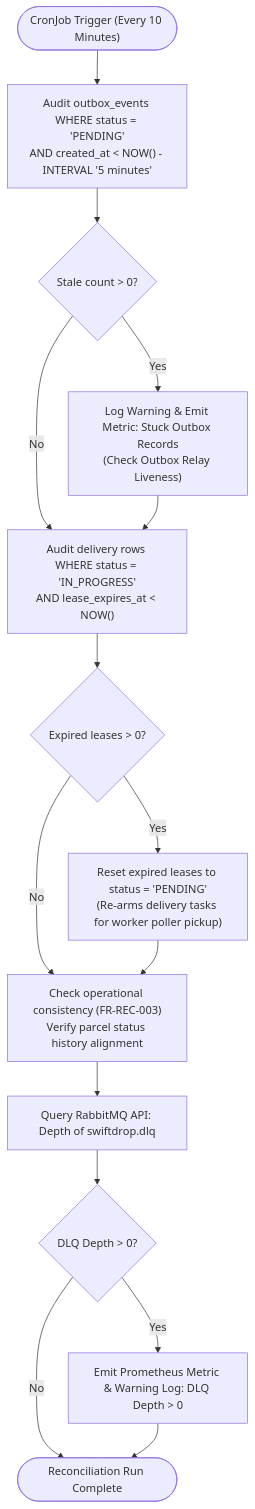
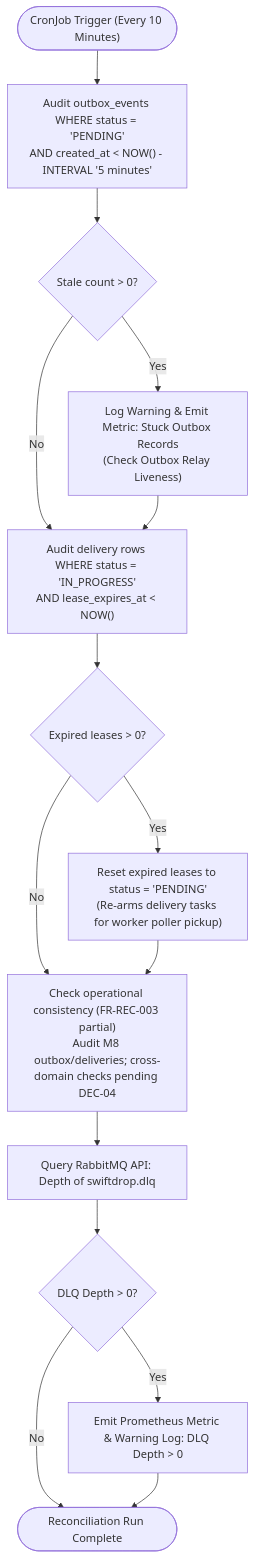
One commit to phantomTroupeEAD/SwiftDrop changed the eighth of 8 diagrams in docs/drafts/member-08-events-messaging/doc-02-functional-flows-and-business-rules.md. Above: the diagram before and after it, drawn with Mermaid. The commit also changed 8 other files, not shown here.

Commit message:
docs(member-08): resolve schema_version contract drift and operational review findings

````diff
--- a/docs/drafts/member-08-events-messaging/doc-02-functional-flows-and-business-rules.md
+++ b/docs/drafts/member-08-events-messaging/doc-02-functional-flows-and-business-rules.md
@@ -372,20 +372,20 @@
 ```mermaid
 flowchart TD
     CronStart(["CronJob Trigger (Every 10 Minutes)"]) --> AuditOutbox["Audit outbox_events WHERE status = 'PENDING'<br/>AND created_at < NOW() - INTERVAL '5 minutes'"]
     
     AuditOutbox --> StaleCount{"Stale count > 0?"}
     StaleCount -- Yes --> LogStale["Log Warning & Emit Metric: Stuck Outbox Records<br/>(Check Outbox Relay Liveness)"]
     StaleCount -- No --> CheckLeases["Audit delivery rows WHERE status = 'IN_PROGRESS'<br/>AND lease_expires_at < NOW()"]
     
     LogStale --> CheckLeases
     CheckLeases --> ExpiredLeases{"Expired leases > 0?"}
     ExpiredLeases -- Yes --> ResetLeases["Reset expired leases to status = 'PENDING'<br/>(Re-arms delivery tasks for worker poller pickup)"]
-    ExpiredLeases -- No --> AuditConsistency["Check operational consistency (FR-REC-003)<br/>Verify parcel status history alignment"]
+    ExpiredLeases -- No --> AuditConsistency["Check operational consistency (FR-REC-003 partial)<br/>Audit M8 outbox/deliveries; cross-domain checks pending DEC-04"]
     
     ResetLeases --> AuditConsistency
     AuditConsistency --> CheckDLQ["Query RabbitMQ API: Depth of swiftdrop.dlq"]
     CheckDLQ --> DLQCount{"DLQ Depth > 0?"}
     DLQCount -- Yes --> LogDLQAlert["Emit Prometheus Metric & Warning Log: DLQ Depth > 0"]
     DLQCount -- No --> SuccessFinish(["Reconciliation Run Complete"])
     LogDLQAlert --> SuccessFinish
 ```
````
